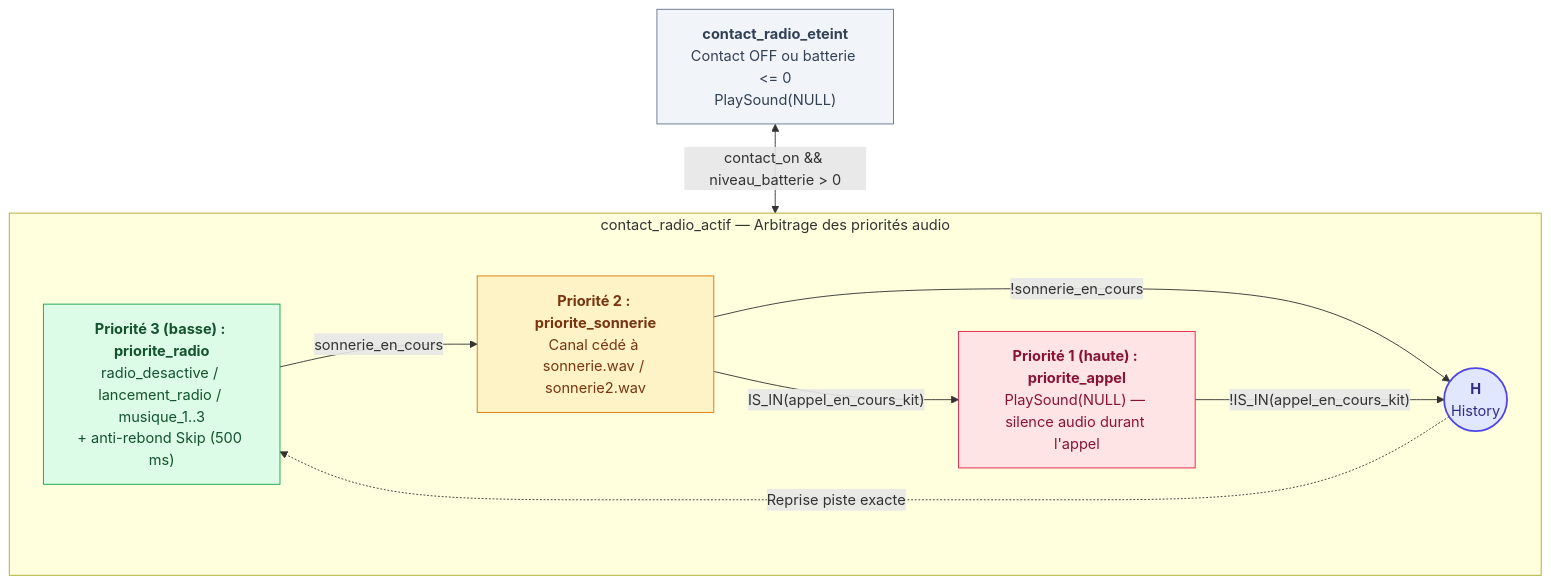
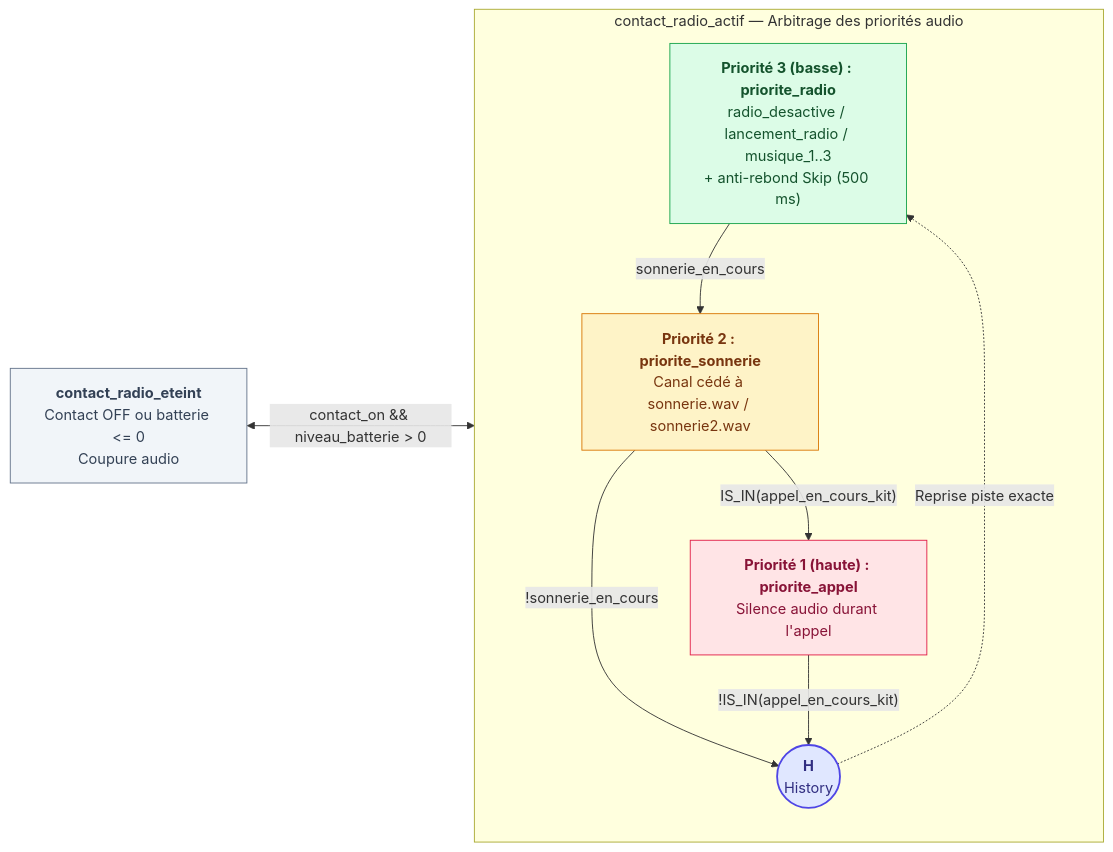
One commit to benoitdekeyn/E4SE_TD_TP changed the eighth of 10 diagrams in systemes_evenements_discrets/Rapport/Rapport.md. Above: the diagram before and after it, drawn with Mermaid. The commit also changed other lines of this file and 2 other files, not shown here.

````diff
--- a/systemes_evenements_discrets/Rapport/Rapport.md
+++ b/systemes_evenements_discrets/Rapport/Rapport.md
@@ -589,29 +674,29 @@
 ```mermaid
-flowchart TB
-    OFF["`**contact_radio_eteint**<br/>Contact OFF ou batterie <= 0<br/>PlaySound(NULL)`"]
+flowchart LR
+    OFF["`**contact_radio_eteint**<br/>Contact OFF ou batterie <= 0<br/>Coupure audio`"]
     subgraph ACT["contact_radio_actif — Arbitrage des priorités audio"]
         P1["`**Priorité 3 (basse) : priorite_radio**<br/>radio_desactive / lancement_radio / musique_1..3<br/>+ anti-rebond Skip (500 ms)`"]
         P2["`**Priorité 2 : priorite_sonnerie**<br/>Canal cédé à sonnerie.wav / sonnerie2.wav`"]
-        P3["`**Priorité 1 (haute) : priorite_appel**<br/>PlaySound(NULL) — silence audio durant l'appel`"]
+        P3["`**Priorité 1 (haute) : priorite_appel**<br/>Silence audio durant l'appel`"]
         H(("`**H**<br/>History`"))
 
         P1 -->|"`sonnerie_en_cours`"| P2
         P2 -->|"`IS_IN(appel_en_cours_kit)`"| P3
         P2 -->|"`!sonnerie_en_cours`"| H
         P3 -->|"`!IS_IN(appel_en_cours_kit)`"| H
         H -.->|"`Reprise piste exacte`"| P1
     end
 
     OFF <-->|"`contact_on && niveau_batterie > 0`"| ACT
 
     classDef off fill:#f1f5f9,stroke:#64748b,color:#334155
     classDef p1 fill:#dcfce7,stroke:#16a34a,color:#14532d
     classDef p2 fill:#fef3c7,stroke:#d97706,color:#78350f
     classDef p3 fill:#ffe4e6,stroke:#e11d48,color:#881337
     classDef hist fill:#e0e7ff,stroke:#4f46e5,stroke-width:2px,color:#312e81
     class OFF off
     class P1 p1
     class P2 p2
     class P3 p3
     class H hist
 ```
````
